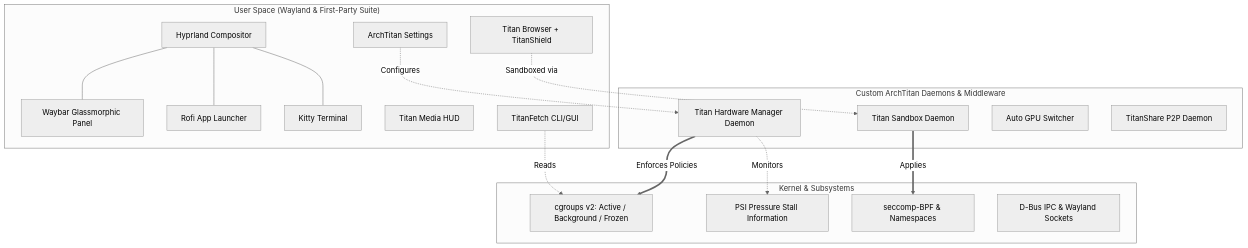
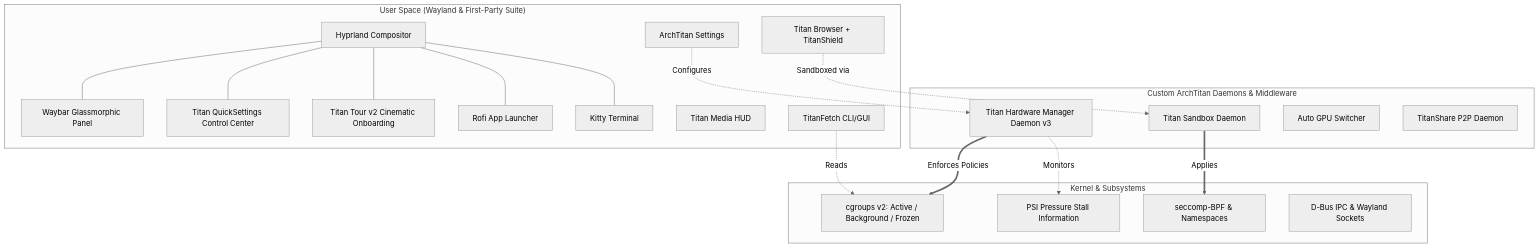
One commit to GitGuru29/ArchTitan-OS changed the diagram in docs/PROJECT_PROGRESS_AND_AUDIT.md. Above: the diagram before and after it, drawn with Mermaid (neutral theme). The commit also changed other lines of this file and 1 other file, not shown here.

Commit message:
docs: update proposal scorecard to 100% for classifier, add quicksettings & tour v2, and document THM v3 benchmark results

````diff
--- a/docs/PROJECT_PROGRESS_AND_AUDIT.md
+++ b/docs/PROJECT_PROGRESS_AND_AUDIT.md
@@ -107,37 +107,41 @@
 ```mermaid
 graph TD
     subgraph "User Space (Wayland & First-Party Suite)"
         H[Hyprland Compositor]
         W[Waybar Glassmorphic Panel]
+        TQS[Titan QuickSettings Control Center]
+        TT[Titan Tour v2 Cinematic Onboarding]
         R[Rofi App Launcher]
         K[Kitty Terminal]
         TS_APP[ArchTitan Settings]
         TB[Titan Browser + TitanShield]
         MH[Titan Media HUD]
         TF[TitanFetch CLI/GUI]
     end
 
     subgraph "Custom ArchTitan Daemons & Middleware"
-        THM[Titan Hardware Manager Daemon]
+        THM[Titan Hardware Manager Daemon v3]
         TSB[Titan Sandbox Daemon]
         AGS[Auto GPU Switcher]
         TSS[TitanShare P2P Daemon]
     end
 
     subgraph "Kernel & Subsystems"
         CG[cgroups v2: Active / Background / Frozen]
         PSI[PSI Pressure Stall Information]
         SC[seccomp-BPF & Namespaces]
         DB[D-Bus IPC & Wayland Sockets]
     end
 
     H --- W
+    H --- TQS
+    H --- TT
     H --- R
     H --- K
     TS_APP -.->|Configures| THM
     TB -.->|Sandboxed via| TSB
     TF -.->|Reads| CG
     THM ==>|Enforces Policies| CG
     THM -.->|Monitors| PSI
     TSB ==>|Applies| SC
 ```
````
